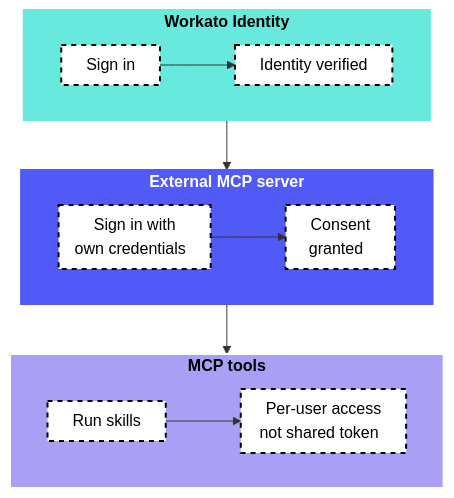
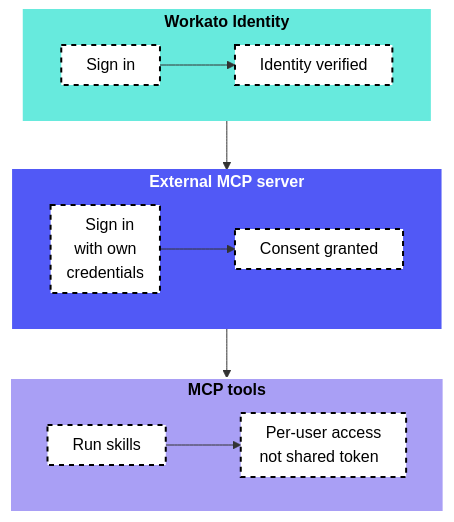
Before and after one commit to aniketpitre/Workato-Claude-MCP: the diagram in kb/docs/en/mcp/mcp-authentication.md, drawn with Mermaid. The commit also changed other lines of this file and 97 other files, not shown here.

````diff
--- a/kb/docs/en/mcp/mcp-authentication.md
+++ b/kb/docs/en/mcp/mcp-authentication.md
@@ -241,45 +241,45 @@
 ```mermaid
 flowchart TD
   subgraph M[<strong>Workato Identity</strong>]
     direction LR
     subgraph D[&nbsp Sign in &nbsp]
       direction LR
     end
     subgraph DD[&nbsp Identity verified &nbsp]
       direction LR
     end
   end
   subgraph Q[<strong>External MCP server</strong>]
     direction LR
-    subgraph RR[&nbsp Sign in with &nbsp <br> own credentials &nbsp]
+    subgraph RR[&nbsp Sign in <br> with own <br> credentials]
       direction LR
     end
-    subgraph RRR[&nbsp Consent &nbsp <br> granted &nbsp]
+    subgraph RRR[&nbsp Consent granted &nbsp]
       direction LR
     end
   end
   subgraph P[<strong>MCP tools</strong>]
     direction LR
     subgraph SS[&nbsp Run skills &nbsp]
       direction LR
     end
     subgraph SSS[&nbsp Per-user access &nbsp <br> not shared token &nbsp]
       direction LR
     end
   end
   D --> DD
   M --> Q
   Q --> P
   RR --> RRR
   SS --> SSS
   classDef WorkatoTeal fill:#67eadd,stroke:#67eadd,stroke-width:2px,color:#000;
   classDef WorkatoPink fill:#fff,stroke:#f66,stroke-width:2px;
   classDef WorkatoBlue fill:#5159f6,stroke:#5159f6,stroke-width:2px,color:#fff;
   classDef WorkatoPurple fill:#a99ff5,stroke:#fff,stroke-width:2px,color:#000;
   classDef SubgraphDash fill:#fff,stroke:#000,stroke-width:2px,color:#000,stroke-dasharray: 5 5
   classDef Stealth fill:#5159f6,stroke:#5159f6;
   class M WorkatoTeal
   class D,DD,RR,RRR,SS,SSS SubgraphDash
   class Q WorkatoBlue
   class P WorkatoPurple
 ```
````
